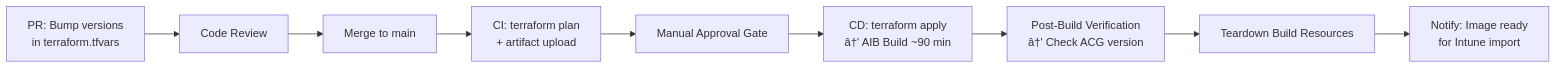
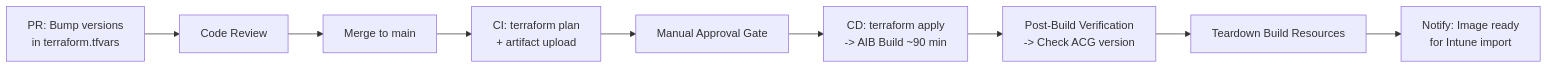
The fifth of 7 diagrams in README.md (kkaminsk/W365ClawBook), drawn with Mermaid before and after one commit. The commit also changed other lines of this file, not shown here.

First line of the commit message:
Fix README typography and add Key Vault flow

````diff
--- a/README.md
+++ b/README.md
@@ -2113,11 +2113,11 @@
 ```mermaid
 graph LR
     PR[PR: Bump versions<br/>in terraform.tfvars] --> REVIEW[Code Review]
     REVIEW --> MERGE[Merge to main]
     MERGE --> PLAN[CI: terraform plan<br/>+ artifact upload]
     PLAN --> APPROVE[Manual Approval Gate]
-    APPROVE --> APPLY[CD: terraform apply<br/>â†' AIB Build ~90 min]
-    APPLY --> VERIFY[Post-Build Verification<br/>â†' Check ACG version]
+    APPROVE --> APPLY[CD: terraform apply<br/>-> AIB Build ~90 min]
+    APPLY --> VERIFY[Post-Build Verification<br/>-> Check ACG version]
     VERIFY --> TEARDOWN[Teardown Build Resources]
     TEARDOWN --> NOTIFY[Notify: Image ready<br/>for Intune import]
 ```
````
